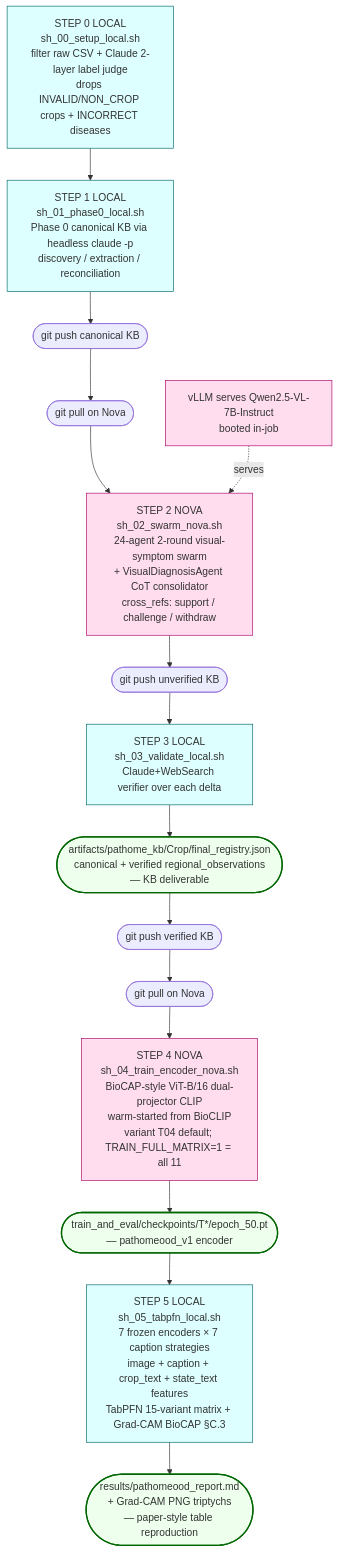
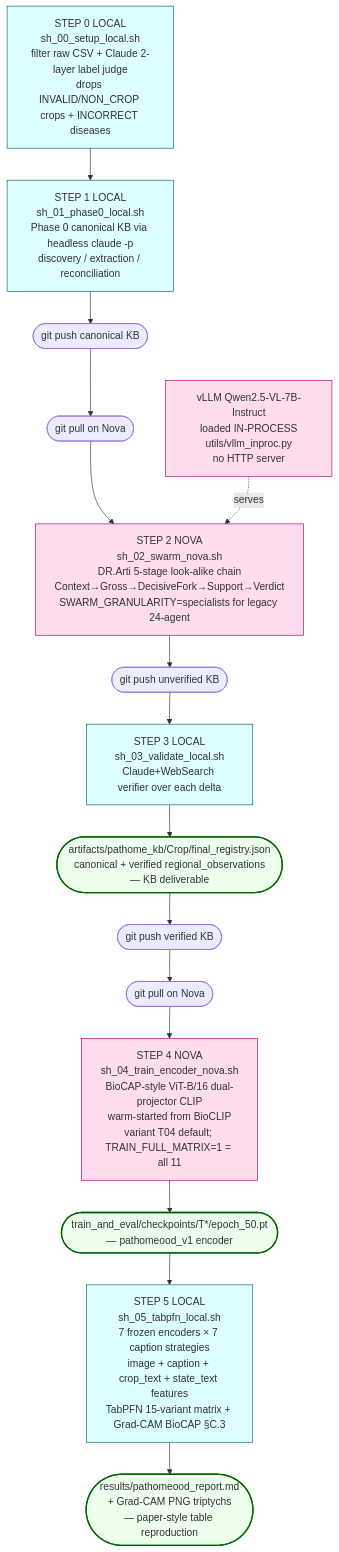
Before and after one commit to tirtho149/PRESAGE: the first of 5 diagrams in FLOW.md, drawn with Mermaid. The commit also changed other lines of this file and 8 other files, not shown here.

First line of the commit message:
Phase 0R: in-process vLLM + DR.Arti 5-stage look-alike chain

````diff
--- a/FLOW.md
+++ b/FLOW.md
@@ -29,29 +29,29 @@
 ```mermaid
 flowchart TD
     S0[STEP 0 LOCAL<br/>sh_00_setup_local.sh<br/>filter raw CSV + Claude 2-layer label judge<br/>drops INVALID/NON_CROP crops + INCORRECT diseases]
     S1[STEP 1 LOCAL<br/>sh_01_phase0_local.sh<br/>Phase 0 canonical KB via headless claude -p<br/>discovery / extraction / reconciliation]
     PUSH1([git push canonical KB])
     PULL1([git pull on Nova])
-    VLLM[vLLM serves Qwen2.5-VL-7B-Instruct<br/>booted in-job]
-    S2[STEP 2 NOVA<br/>sh_02_swarm_nova.sh<br/>24-agent 2-round visual-symptom swarm<br/>+ VisualDiagnosisAgent CoT consolidator<br/>cross_refs: support / challenge / withdraw]
+    VLLM[vLLM Qwen2.5-VL-7B-Instruct<br/>loaded IN-PROCESS<br/>utils/vllm_inproc.py<br/>no HTTP server]
+    S2[STEP 2 NOVA<br/>sh_02_swarm_nova.sh<br/>DR.Arti 5-stage look-alike chain<br/>Context→Gross→DecisiveFork→Support→Verdict<br/>SWARM_GRANULARITY=specialists for legacy 24-agent]
     PUSH2([git push unverified KB])
     S3[STEP 3 LOCAL<br/>sh_03_validate_local.sh<br/>Claude+WebSearch verifier over each delta]
     REG([artifacts/pathome_kb/Crop/final_registry.json<br/>canonical + verified regional_observations<br/>— KB deliverable])
     PUSH3([git push verified KB])
     PULL2([git pull on Nova])
     S4[STEP 4 NOVA<br/>sh_04_train_encoder_nova.sh<br/>BioCAP-style ViT-B/16 dual-projector CLIP<br/>warm-started from BioCLIP<br/>variant T04 default; TRAIN_FULL_MATRIX=1 = all 11]
     CKPT([train_and_eval/checkpoints/T*/epoch_50.pt<br/>— pathomeood_v1 encoder])
     S5[STEP 5 LOCAL<br/>sh_05_tabpfn_local.sh<br/>7 frozen encoders × 7 caption strategies<br/>image + caption + crop_text + state_text features<br/>TabPFN 15-variant matrix + Grad-CAM BioCAP §C.3]
     METRICS([results/pathomeood_report.md<br/>+ Grad-CAM PNG triptychs<br/>— paper-style table reproduction])
 
     S0 --> S1 --> PUSH1 --> PULL1 --> S2
     VLLM -.serves.-> S2 --> PUSH2 --> S3 --> REG --> PUSH3 --> PULL2 --> S4
     S4 --> CKPT --> S5 --> METRICS
 
     classDef local fill:#dff,stroke:#066,stroke-width:1px
     classDef gpu fill:#fde,stroke:#a06,stroke-width:1px
     classDef terminal fill:#efe,stroke:#060,stroke-width:2px
     class S0,S1,S3,S5 local
     class VLLM,S2,S4 gpu
     class REG,CKPT,METRICS terminal
 ```
````
